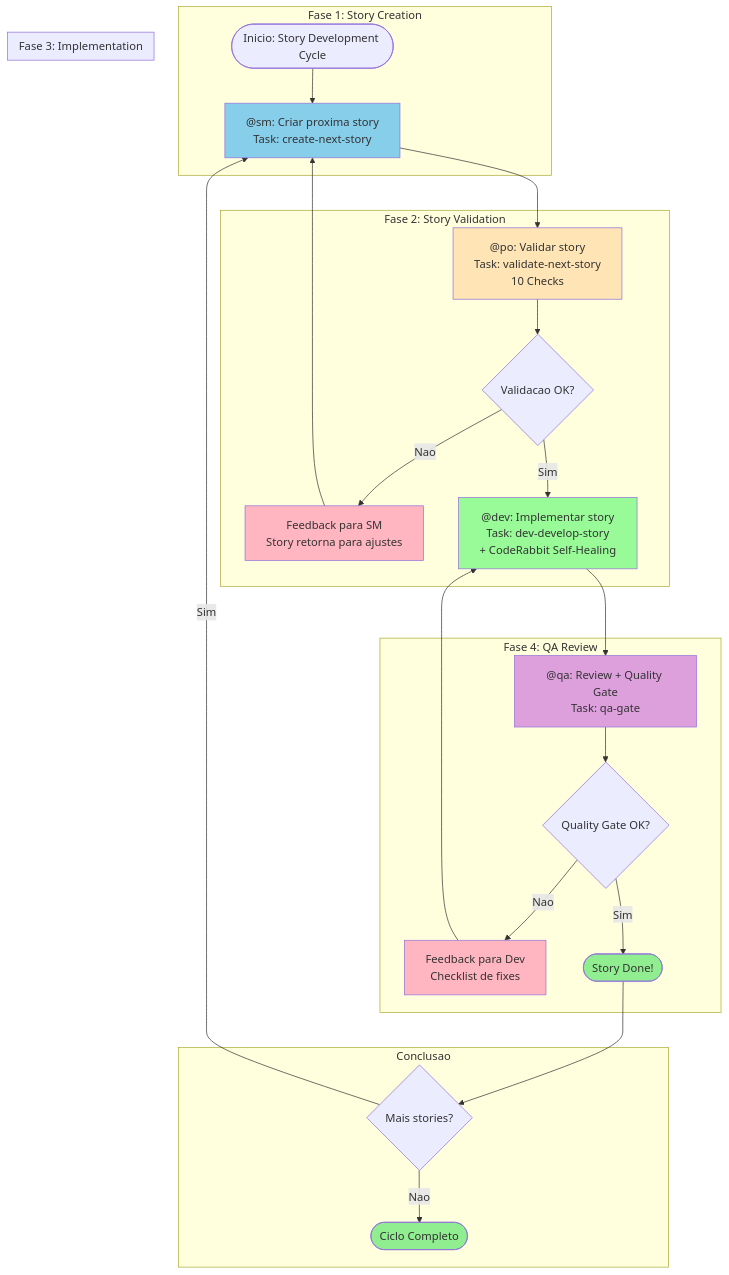
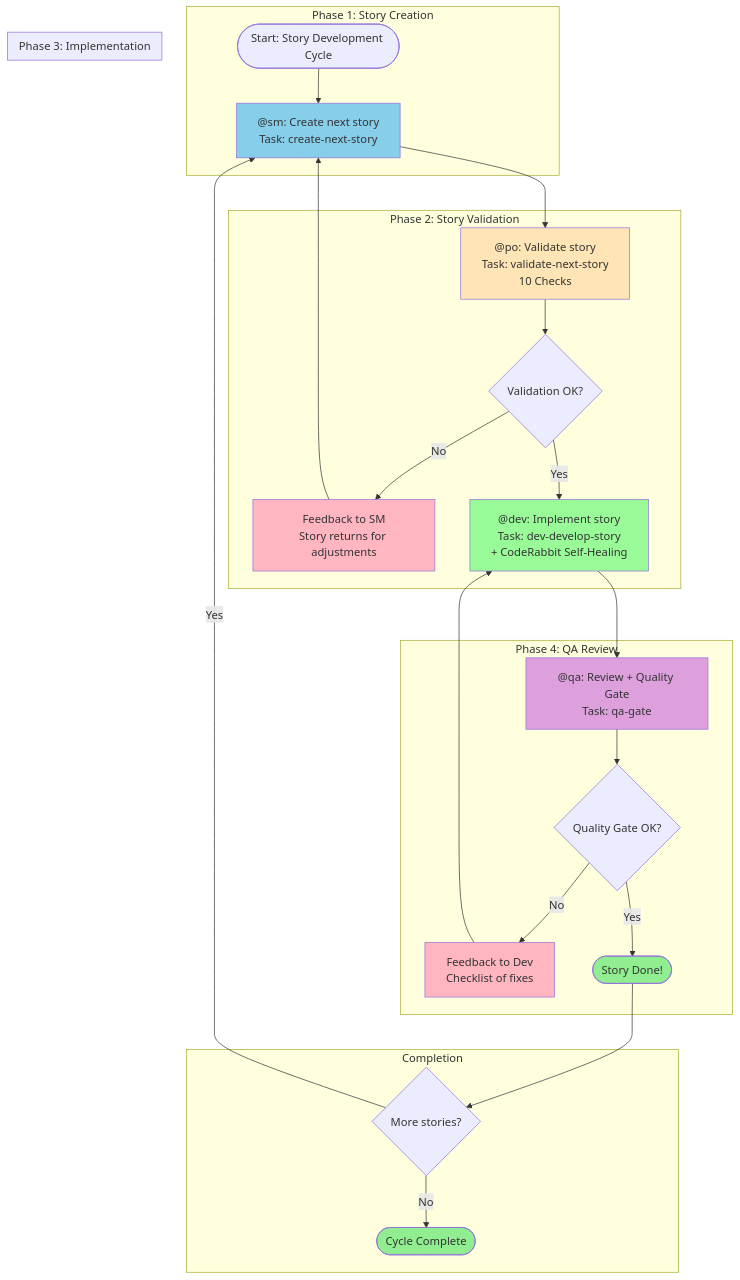
Before and after one commit to CyryxLabs/AEXOS: the first of 7 diagrams in docs/guides/workflows/STORY-DEVELOPMENT-CYCLE-WORKFLOW.md, drawn with Mermaid. The commit also changed other lines of this file and 528 other files, not shown here.

````diff
--- a/docs/guides/workflows/STORY-DEVELOPMENT-CYCLE-WORKFLOW.md
+++ b/docs/guides/workflows/STORY-DEVELOPMENT-CYCLE-WORKFLOW.md
@@ -35,43 +35,43 @@
 ```mermaid
 flowchart TD
-    subgraph PHASE_1["Fase 1: Story Creation"]
-        START([Inicio: Story Development Cycle]) --> SM_CREATE
-        SM_CREATE["@sm: Criar proxima story<br/>Task: create-next-story"]
+    subgraph PHASE_1["Phase 1: Story Creation"]
+        START([Start: Story Development Cycle]) --> SM_CREATE
+        SM_CREATE["@sm: Create next story<br/>Task: create-next-story"]
     end
 
-    subgraph PHASE_2["Fase 2: Story Validation"]
-        SM_CREATE --> PO_VALIDATE["@po: Validar story<br/>Task: validate-next-story<br/>10 Checks"]
-        PO_VALIDATE --> VALID_DECISION{Validacao OK?}
-        VALID_DECISION -->|Nao| FEEDBACK_SM["Feedback para SM<br/>Story retorna para ajustes"]
+    subgraph PHASE_2["Phase 2: Story Validation"]
+        SM_CREATE --> PO_VALIDATE["@po: Validate story<br/>Task: validate-next-story<br/>10 Checks"]
+        PO_VALIDATE --> VALID_DECISION{Validation OK?}
+        VALID_DECISION -->|No| FEEDBACK_SM["Feedback to SM<br/>Story returns for adjustments"]
         FEEDBACK_SM --> SM_CREATE
-        VALID_DECISION -->|Sim| DEV_IMPLEMENT
+        VALID_DECISION -->|Yes| DEV_IMPLEMENT
     end
 
-    subgraph PHASE_3["Fase 3: Implementation"]
-        DEV_IMPLEMENT["@dev: Implementar story<br/>Task: dev-develop-story<br/>+ CodeRabbit Self-Healing"]
+    subgraph PHASE_3["Phase 3: Implementation"]
+        DEV_IMPLEMENT["@dev: Implement story<br/>Task: dev-develop-story<br/>+ CodeRabbit Self-Healing"]
     end
 
-    subgraph PHASE_4["Fase 4: QA Review"]
+    subgraph PHASE_4["Phase 4: QA Review"]
         DEV_IMPLEMENT --> QA_REVIEW["@qa: Review + Quality Gate<br/>Task: qa-gate"]
         QA_REVIEW --> QA_DECISION{Quality Gate OK?}
-        QA_DECISION -->|Nao| FEEDBACK_DEV["Feedback para Dev<br/>Checklist de fixes"]
+        QA_DECISION -->|No| FEEDBACK_DEV["Feedback to Dev<br/>Checklist of fixes"]
         FEEDBACK_DEV --> DEV_IMPLEMENT
-        QA_DECISION -->|Sim| STORY_DONE
+        QA_DECISION -->|Yes| STORY_DONE
     end
 
-    subgraph COMPLETION["Conclusao"]
+    subgraph COMPLETION["Completion"]
         STORY_DONE([Story Done!])
-        STORY_DONE --> MORE_STORIES{Mais stories?}
-        MORE_STORIES -->|Sim| SM_CREATE
-        MORE_STORIES -->|Nao| CYCLE_COMPLETE([Ciclo Completo])
+        STORY_DONE --> MORE_STORIES{More stories?}
+        MORE_STORIES -->|Yes| SM_CREATE
+        MORE_STORIES -->|No| CYCLE_COMPLETE([Cycle Complete])
     end
 
     style CYCLE_COMPLETE fill:#90EE90
     style STORY_DONE fill:#90EE90
     style SM_CREATE fill:#87CEEB
     style PO_VALIDATE fill:#FFE4B5
     style DEV_IMPLEMENT fill:#98FB98
     style QA_REVIEW fill:#DDA0DD
     style FEEDBACK_SM fill:#FFB6C1
     style FEEDBACK_DEV fill:#FFB6C1
 ```
````
